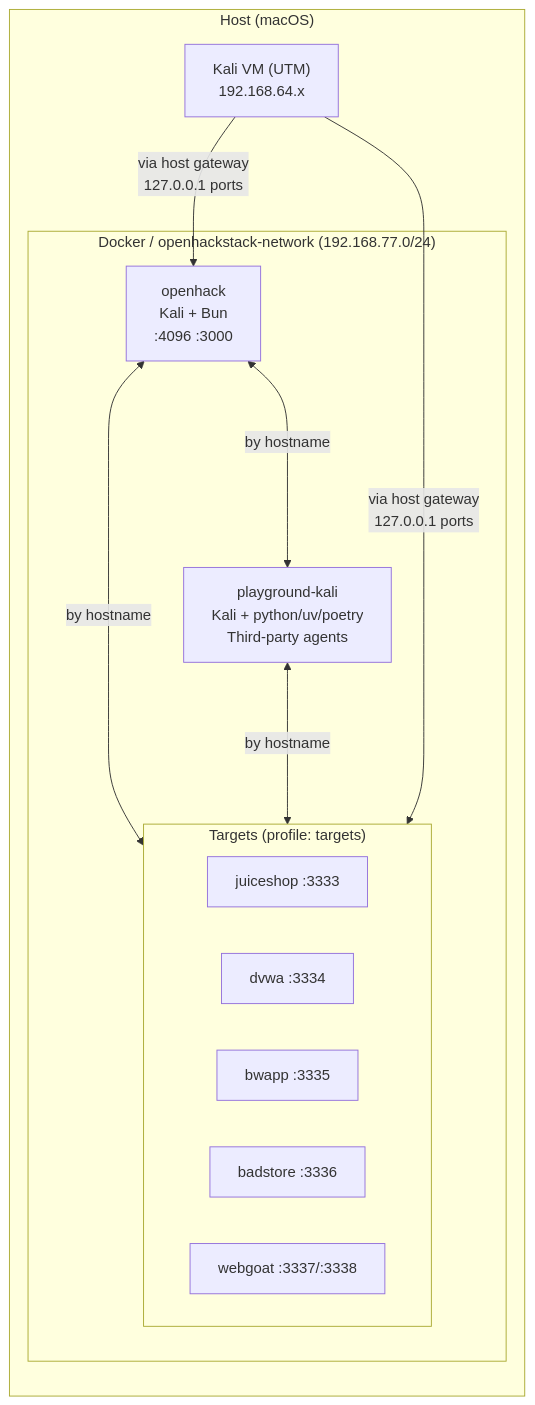
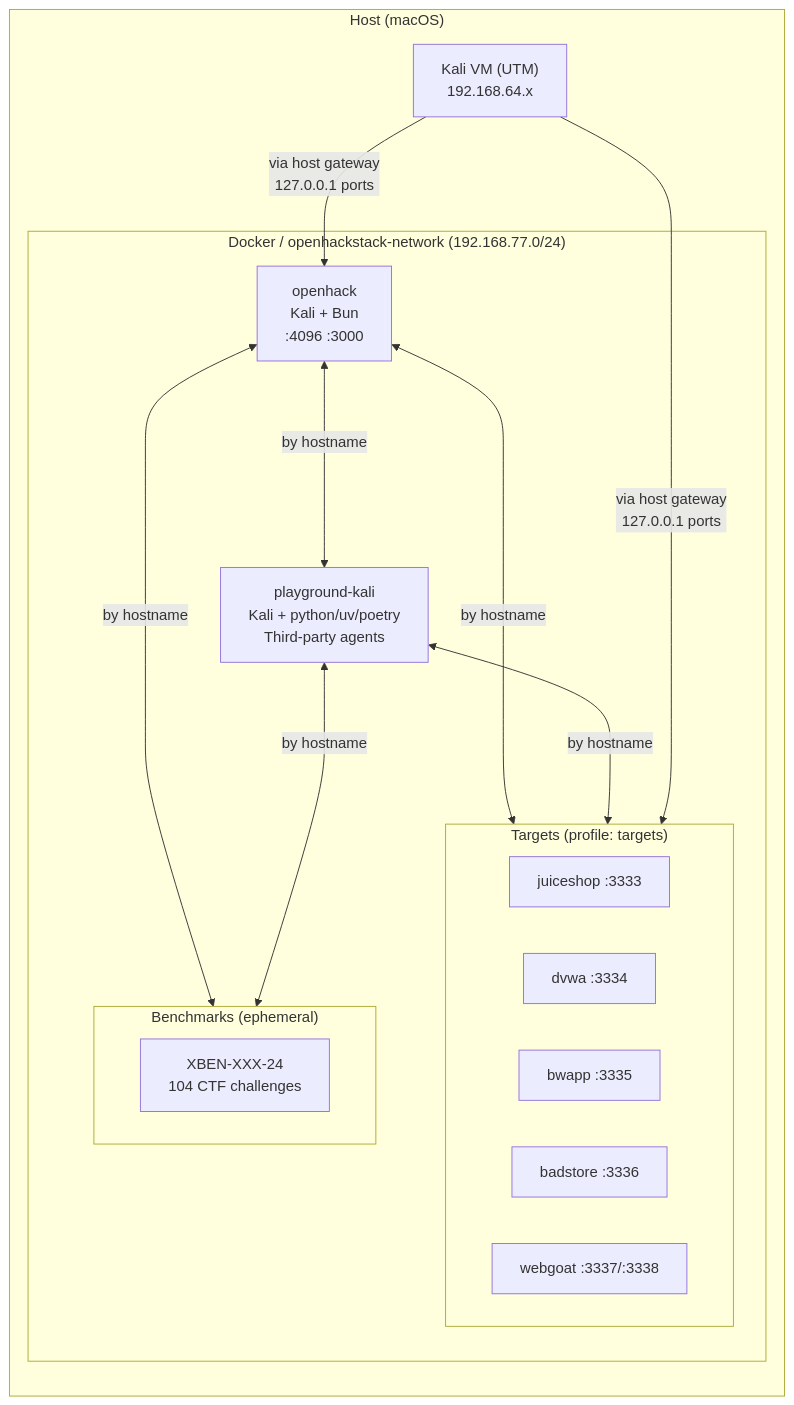
One commit to mkdirtim/FERR changed the diagram in docker/README.md. Above: the diagram before and after it, drawn with Mermaid. The commit also changed other lines of this file and 4 other files, not shown here.

First line of the commit message:
docker: integrate XBOW validation-benchmarks

````diff
--- a/docker/README.md
+++ b/docker/README.md
@@ -7,23 +7,28 @@
 ```mermaid
 graph LR
     subgraph host["Host (macOS)"]
         subgraph docker["Docker / openhackstack-network (192.168.77.0/24)"]
             openhack["openhack<br/>Kali + Bun<br/>:4096 :3000"]
             playground["playground-kali<br/>Kali + python/uv/poetry<br/>Third-party agents"]
             subgraph targets["Targets (profile: targets)"]
                 juiceshop["juiceshop :3333"]
                 dvwa["dvwa :3334"]
                 bwapp["bwapp :3335"]
                 badstore["badstore :3336"]
                 webgoat["webgoat :3337/:3338"]
             end
+            subgraph benchmarks["Benchmarks (ephemeral)"]
+                xbow["XBEN-XXX-24<br/>104 CTF challenges"]
+            end
         end
         vm["Kali VM (UTM)<br/>192.168.64.x"]
     end
 
     openhack <--->|"by hostname"| targets
+    openhack <--->|"by hostname"| benchmarks
     playground <--->|"by hostname"| targets
+    playground <--->|"by hostname"| benchmarks
     openhack <--->|"by hostname"| playground
     vm -->|"via host gateway<br/>127.0.0.1 ports"| openhack
     vm -->|"via host gateway<br/>127.0.0.1 ports"| targets
 ```
````
